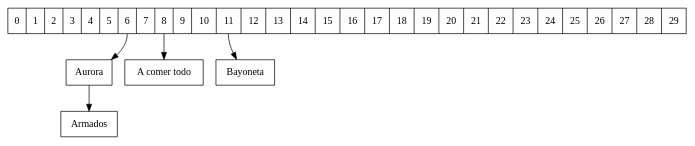
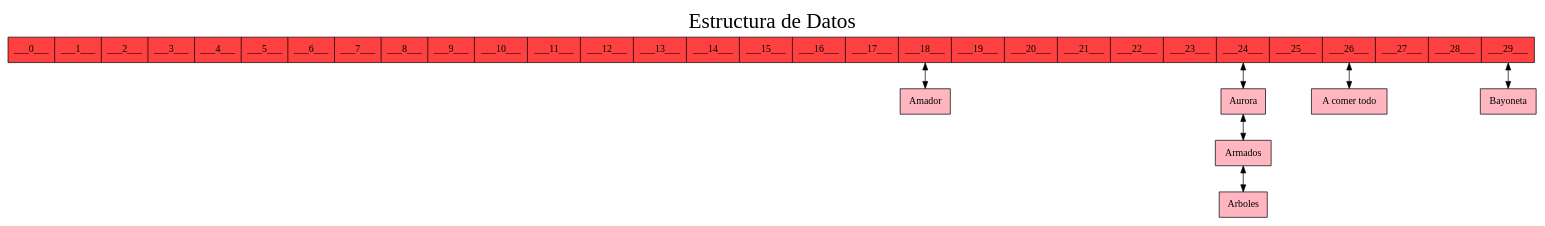
Before and after one commit to AngelArteaga1/EDD_VirtualMall_201901816: the diagram in EDD_VirtualMall_201901816/Grafica.dot, drawn with Graphviz. The commit also changed 4 other files, not shown here.

```diff
--- a/EDD_VirtualMall_201901816/Grafica.dot
+++ b/EDD_VirtualMall_201901816/Grafica.dot
@@ -1,11 +1,18 @@
 digraph structs {
-node [shape=record];
-struct [label="<f0> 0|<f1> 1|<f2> 2|<f3> 3|<f4> 4|<f5> 5|<f6> 6|<f7> 7|<f8> 8|<f9> 9|<f10> 10|<f11> 11|<f12> 12|<f13> 13|<f14> 14|<f15> 15|<f16> 16|<f17> 17|<f18> 18|<f19> 19|<f20> 20|<f21> 21|<f22> 22|<f23> 23|<f24> 24|<f25> 25|<f26> 26|<f27> 27|<f28> 28|<f29> 29"];
-a6Node0 [label="Aurora"]
-a6Node1 [label="Armados"]
-struct:f6 -> a6Node0 -> a6Node1;
-a8Node0 [label="A comer todo"]
-struct:f8 -> a8Node0;
-a11Node0 [label="Bayoneta"]
-struct:f11 -> a11Node0;
+node [shape=record, fontname="Bookman Old Style", style=filled, fillcolor=lightpink];
+edge [dir="both"]
+labelloc="t";
+label="Estructura de Datos";
+fontsize=30;
+struct [fillcolor=brown1, label="<f0> ___0___|<f1> ___1___|<f2> ___2___|<f3> ___3___|<f4> ___4___|<f5> ___5___|<f6> ___6___|<f7> ___7___|<f8> ___8___|<f9> ___9___|<f10> ___10___|<f11> ___11___|<f12> ___12___|<f13> ___13___|<f14> ___14___|<f15> ___15___|<f16> ___16___|<f17> ___17___|<f18> ___18___|<f19> ___19___|<f20> ___20___|<f21> ___21___|<f22> ___22___|<f23> ___23___|<f24> ___24___|<f25> ___25___|<f26> ___26___|<f27> ___27___|<f28> ___28___|<f29> ___29___"];
+a18Node0 [label="Amador"]
+struct:f18 -> a18Node0;
+a24Node0 [label="Aurora"]
+a24Node1 [label="Armados"]
+a24Node2 [label="Arboles"]
+struct:f24 -> a24Node0 -> a24Node1 -> a24Node2;
+a26Node0 [label="A comer todo"]
+struct:f26 -> a26Node0;
+a29Node0 [label="Bayoneta"]
+struct:f29 -> a29Node0;
 }
```
